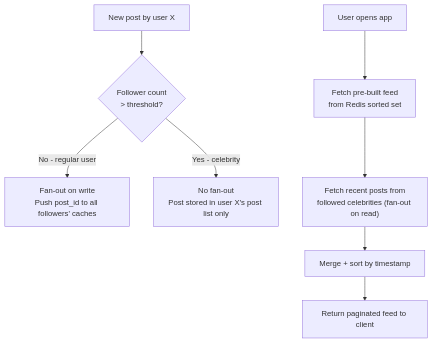
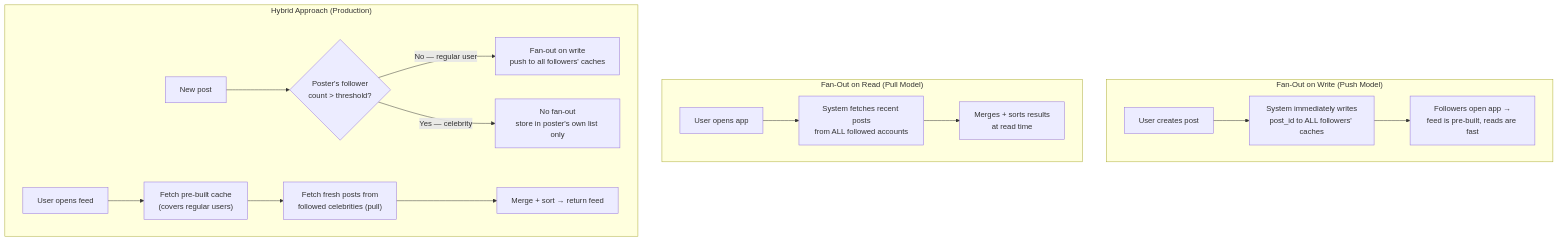
One commit to jaugustodev/software-engineering-content changed the fifth of 16 diagrams in system-design/system-design-interview-alex-xu/chapters/11-news-feed.md. Above: the diagram before and after it, drawn with Mermaid. The commit also changed other lines of this file, not shown here.

Commit message:
feat(docs): expand news feed system design chapter with detailed explanations of core concepts, architectural flows, and API specifications; enhance clarity and structure for better understanding

````diff
--- a/system-design/system-design-interview-alex-xu/chapters/11-news-feed.md
+++ b/system-design/system-design-interview-alex-xu/chapters/11-news-feed.md
@@ -91,11 +179,22 @@
 ```mermaid
 flowchart TD
-    NewPost["New post by user X"] --> CheckFollowers{Follower count\n> threshold?}
-    CheckFollowers -->|No - regular user| FanoutWrite["Fan-out on write\nPush post_id to all followers' caches"]
-    CheckFollowers -->|Yes - celebrity| NoFanout["No fan-out\nPost stored in user X's post list only"]
+    subgraph WRITE["Fan-Out on Write (Push Model)"]
+        W1["User creates post"] --> W2["System immediately writes\npost_id to ALL followers' caches"]
+        W2 --> W3["Followers open app →\nfeed is pre-built, reads are fast"]
+    end
 
-    UserOpensApp["User opens app"] --> FetchCache["Fetch pre-built feed\nfrom Redis sorted set"]
-    FetchCache --> FetchCeleb["Fetch recent posts from\nfollowed celebrities (fan-out on read)"]
-    FetchCeleb --> Merge["Merge + sort by timestamp"]
-    Merge --> ReturnFeed["Return paginated feed to client"]
+    subgraph READ["Fan-Out on Read (Pull Model)"]
+        R1["User opens app"] --> R2["System fetches recent posts\nfrom ALL followed accounts"]
+        R2 --> R3["Merges + sorts results\nat read time"]
+    end
+
+    subgraph HYBRID["Hybrid Approach (Production)"]
+        H1["New post"] --> H2{Poster's follower\ncount > threshold?}
+        H2 -->|No — regular user| H3["Fan-out on write\npush to all followers' caches"]
+        H2 -->|Yes — celebrity| H4["No fan-out\nstore in poster's own list only"]
+
+        H5["User opens feed"] --> H6["Fetch pre-built cache\n(covers regular users)"]
+        H6 --> H7["Fetch fresh posts from\nfollowed celebrities (pull)"]
+        H7 --> H8["Merge + sort → return feed"]
+    end
 ```
````
